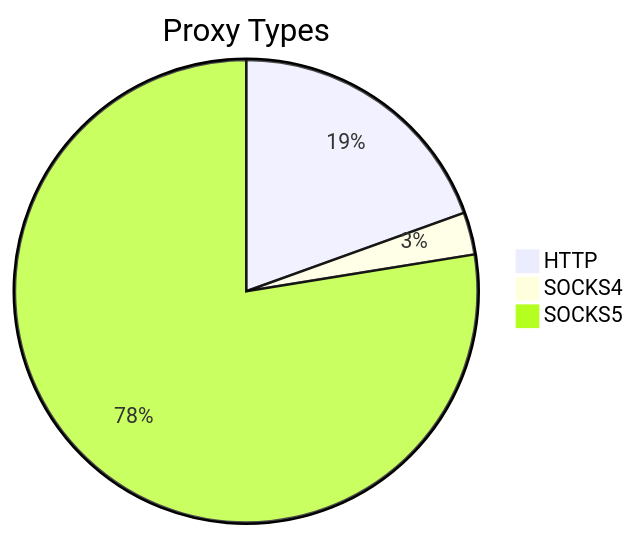
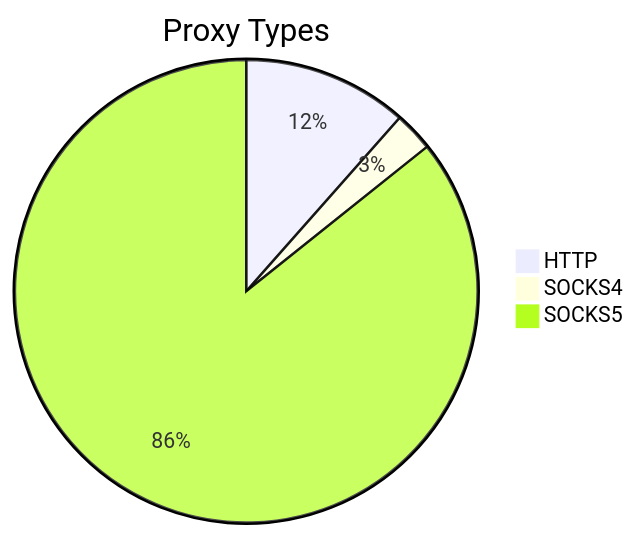
The first of 2 diagrams in README.md (stormsia/proxy-list), drawn with Mermaid before and after one commit. The commit also changed other lines of this file, not shown here.

````diff
--- a/README.md
+++ b/README.md
@@ -21,6 +21,6 @@
 ```mermaid
 pie title Proxy Types
-    "HTTP" : 132
-    "SOCKS4" : 20
-    "SOCKS5" : 525
+    "HTTP" : 105
+    "SOCKS4" : 25
+    "SOCKS5" : 781
 ```
````
